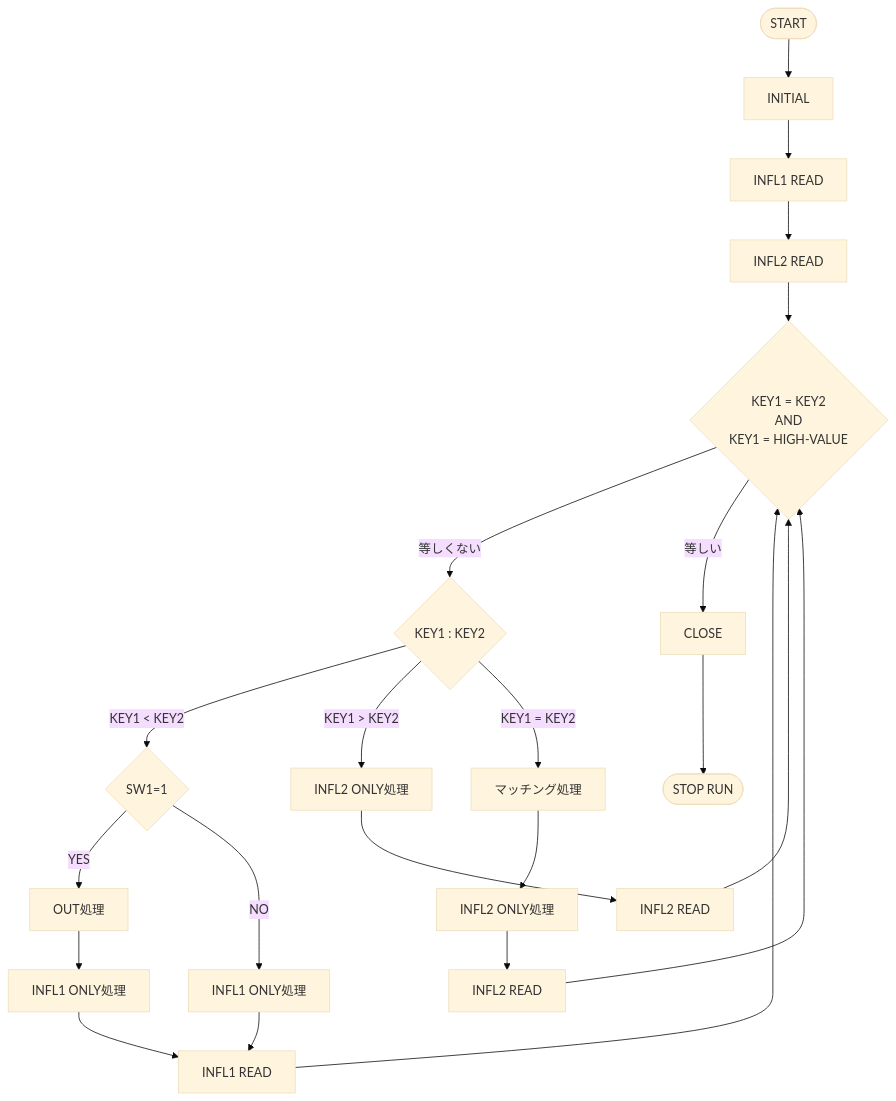
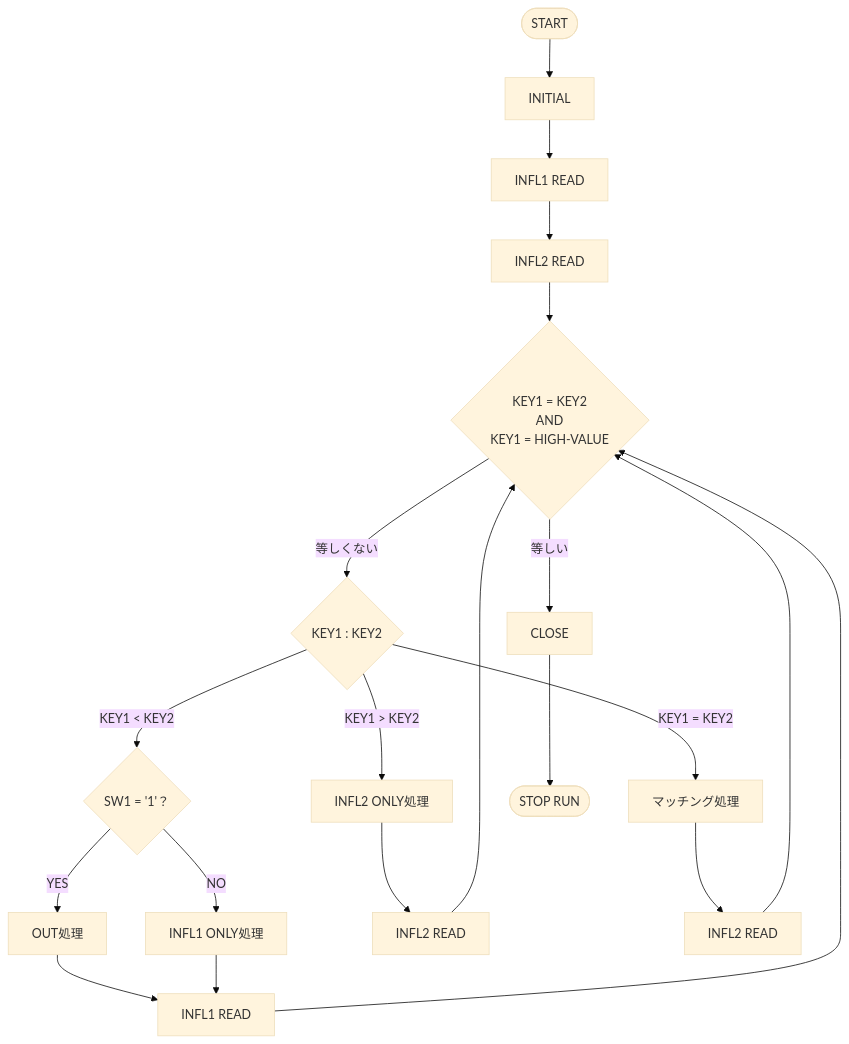
One commit to harunosuke1343-max/COBOL-Textbook changed diagram 11 of 13 in COBOL入門編.md. Above: the diagram before and after it, drawn with Mermaid (base theme). The commit also changed other lines of this file, not shown here.

````diff
--- a/COBOL入門編.md
+++ b/COBOL入門編.md
@@ -1976,24 +2123,22 @@
 ```mermaid
 flowchart TD
   START([START]) --> INITIAL[INITIAL]
   INITIAL --> READ1[INFL1 READ]
   READ1 --> READ2[INFL2 READ]
   READ2 --> CHECK{KEY1 = KEY2<br/>AND<br/>KEY1 = HIGH-VALUE}
   CHECK -->|等しくない| COMP{KEY1 : KEY2}
-  COMP -->|KEY1 < KEY2| SW_CHECK{SW1=1}
+  COMP -->|KEY1 < KEY2| SW_CHECK{SW1 = '1'？}
   SW_CHECK -->|YES| OUT_PROC[OUT処理]
-  OUT_PROC --> INFL1_ONLY[INFL1 ONLY処理]
-  SW_CHECK -->|NO| INFL1_ONLY2[INFL1 ONLY処理]
-  INFL1_ONLY --> R1[INFL1 READ]
-  INFL1_ONLY2 --> R1
+  SW_CHECK -->|NO| INFL1_ONLY[INFL1 ONLY処理]
+  OUT_PROC --> R1[INFL1 READ]
+  INFL1_ONLY --> R1
   COMP -->|KEY1 > KEY2| INFL2_ONLY[INFL2 ONLY処理]
   INFL2_ONLY --> R2[INFL2 READ]
   COMP -->|KEY1 = KEY2| MATCH[マッチング処理]
-  MATCH --> INFL2_ONLY2[INFL2 ONLY処理]
-  INFL2_ONLY2 --> R3[INFL2 READ]
+  MATCH --> R3[INFL2 READ]
   R1 --> CHECK
   R2 --> CHECK
   R3 --> CHECK
   CHECK -->|等しい| CLOSE[CLOSE]
   CLOSE --> END_([STOP RUN])
 ```
````
